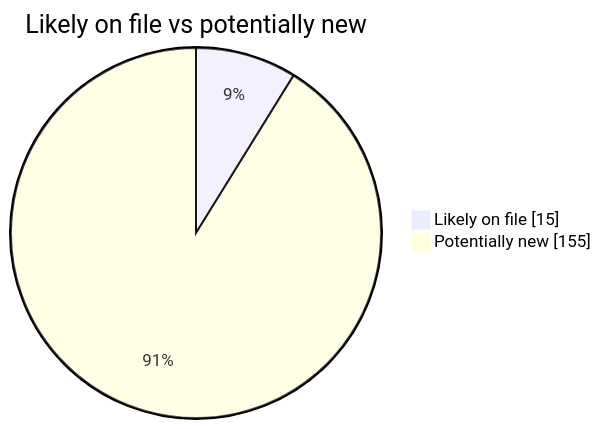
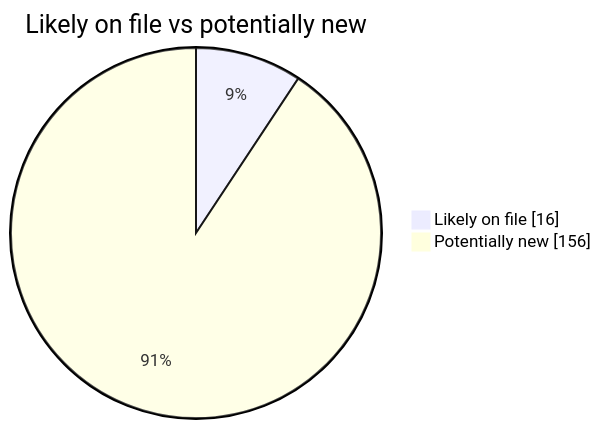
Before and after one commit to martinbalfanz/social-scanner-reports: the second of 4 diagrams in README.md, drawn with Mermaid. The commit also changed other lines of this file and 2 other files, not shown here.

````diff
--- a/README.md
+++ b/README.md
@@ -40,5 +40,5 @@
 ```mermaid
 pie showData title Likely on file vs potentially new
-    "Likely on file" : 15
-    "Potentially new" : 155
+    "Likely on file" : 16
+    "Potentially new" : 156
 ```
````
